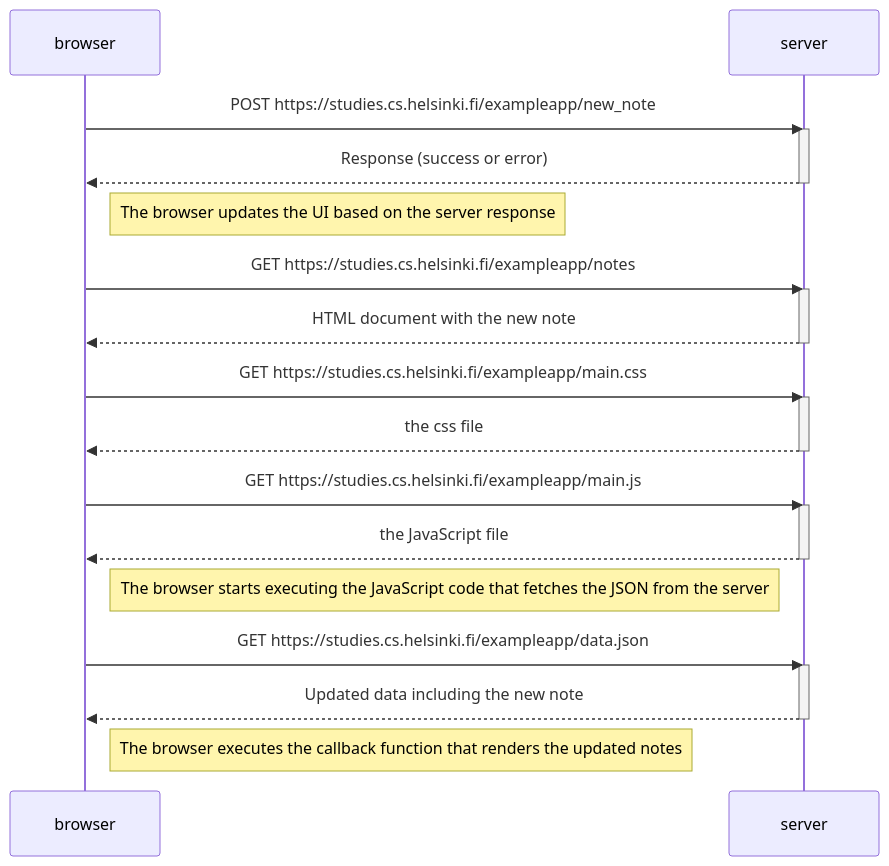
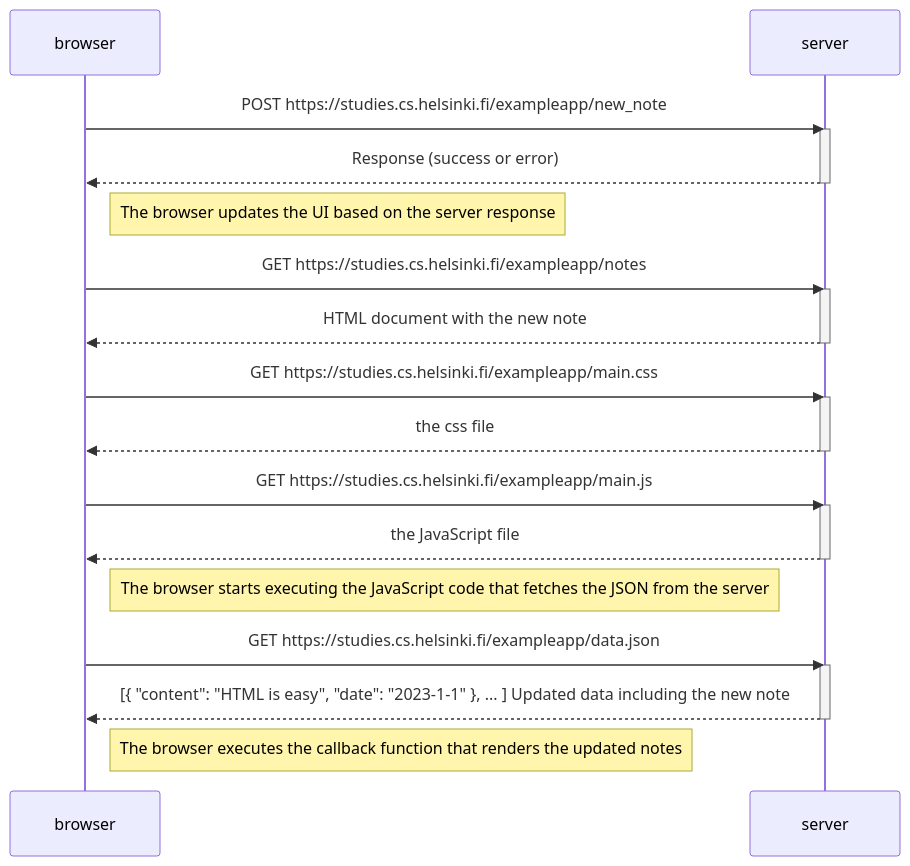
One commit to cmjoha/kaavio1 changed the diagram in README.md. Above: the diagram before and after it, drawn with Mermaid.

````diff
--- a/README.md
+++ b/README.md
@@ -1,37 +1,37 @@
 ```mermaid
 sequenceDiagram
     participant browser
     participant server
 
     browser->>server: POST https://studies.cs.helsinki.fi/exampleapp/new_note
     activate server
     server-->>browser: Response (success or error)
     deactivate server
 
     Note right of browser: The browser updates the UI based on the server response
     
     browser->>server: GET https://studies.cs.helsinki.fi/exampleapp/notes
     activate server
     server-->>browser: HTML document with the new note
     deactivate server
     
     browser->>server: GET https://studies.cs.helsinki.fi/exampleapp/main.css
     activate server
     server-->>browser: the css file
     deactivate server
     
     browser->>server: GET https://studies.cs.helsinki.fi/exampleapp/main.js
     activate server
     server-->>browser: the JavaScript file
     deactivate server
     
     Note right of browser: The browser starts executing the JavaScript code that fetches the JSON from the server
     
     browser->>server: GET https://studies.cs.helsinki.fi/exampleapp/data.json
     activate server
-    server-->>browser: Updated data including the new note
+    server-->>browser: [{ "content": "HTML is easy", "date": "2023-1-1" }, ... ] Updated data including the new note
     deactivate server    
 
     Note right of browser: The browser executes the callback function that renders the updated notes
 
 ```
````
